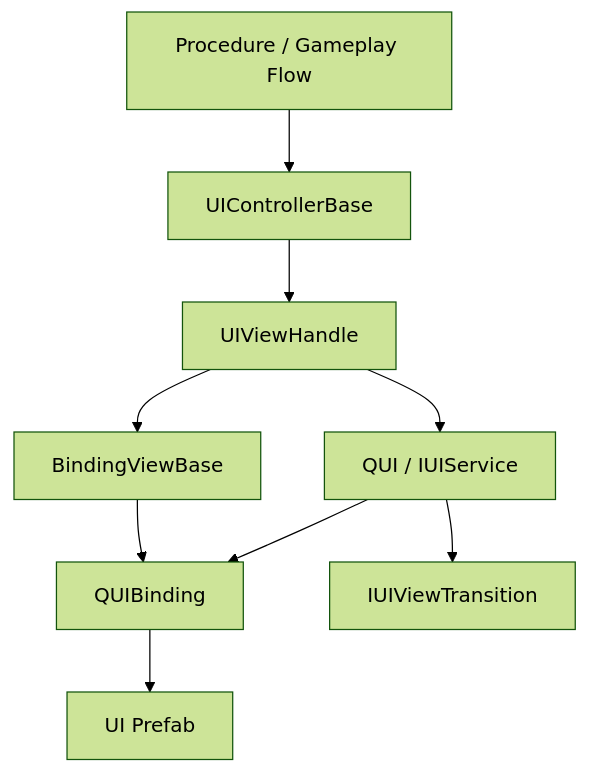
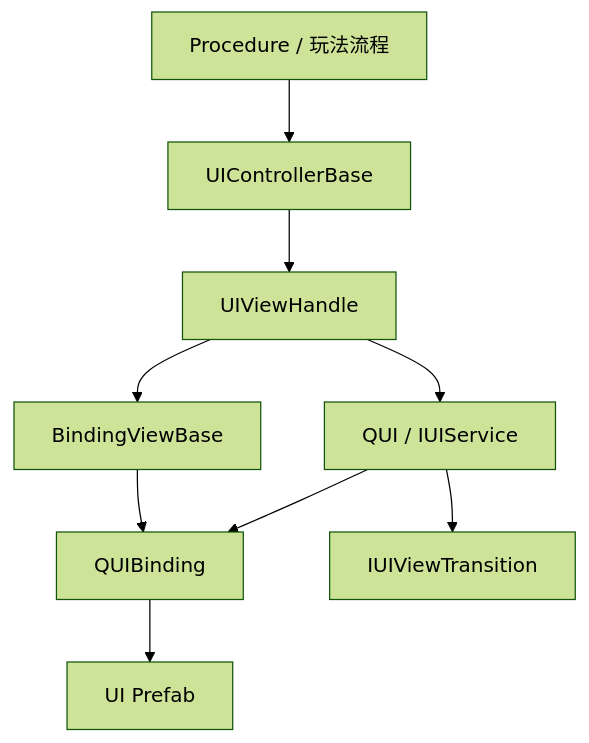
The first of 4 diagrams in packages/com.eframework.core/Documentation~/user/UI_FRAMEWORK_GUIDE.md (LukasChen/EFrameWork), drawn with Mermaid (forest theme) before and after one commit. The commit also changed other lines of this file and 384 other files, not shown here.

````diff
--- a/packages/com.eframework.core/Documentation~/user/UI_FRAMEWORK_GUIDE.md
+++ b/packages/com.eframework.core/Documentation~/user/UI_FRAMEWORK_GUIDE.md
@@ -15,20 +15,20 @@
 ```mermaid
 flowchart TD
-    Procedure[Procedure / Gameplay Flow]
+    Procedure[Procedure / 玩法流程]
     Controller[UIControllerBase<TView>]
     Handle[UIViewHandle<TView>]
     Host[QUI / IUIService]
     View[BindingViewBase]
     Binding[QUIBinding]
     Transition[IUIViewTransition]
     Prefab[UI Prefab]
 
     Procedure --> Controller
     Controller --> Handle
     Handle --> Host
     Handle --> View
     Host --> Binding
     View --> Binding
     Binding --> Prefab
     Host --> Transition
 ```
````
